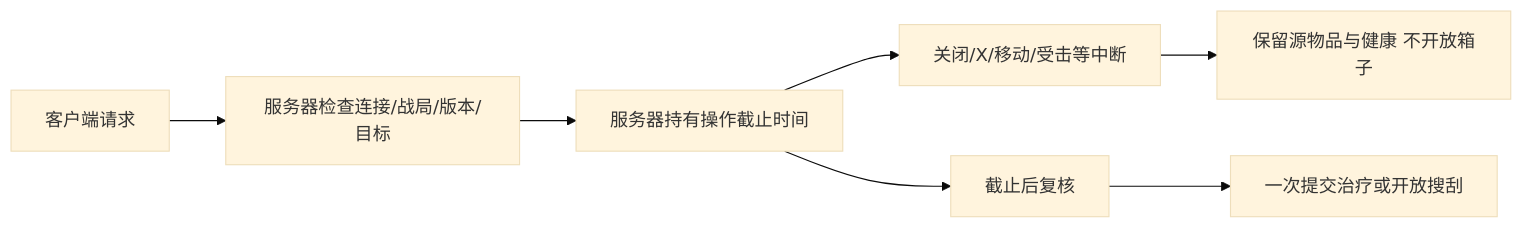
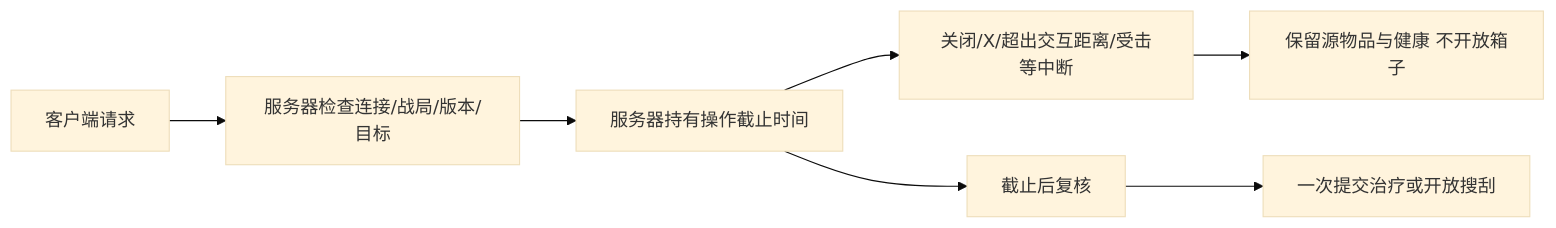
Before and after one commit to MorrowHome/Moonkov: the diagram in Docs/RaidTimedActionsAndDrop.md, drawn with Mermaid (base theme). The commit also changed other lines of this file and 18 other files, not shown here.

````diff
--- a/Docs/RaidTimedActionsAndDrop.md
+++ b/Docs/RaidTimedActionsAndDrop.md
@@ -29,9 +31,9 @@
 ```mermaid
 flowchart LR
     R[客户端请求] --> V[服务器检查连接/战局/版本/目标]
     V --> T[服务器持有操作截止时间]
-    T --> C[关闭/X/移动/受击等中断]
+    T --> C[关闭/X/超出交互距离/受击等中断]
     C --> N[保留源物品与健康 不开放箱子]
     T --> E[截止后复核]
     E --> A[一次提交治疗或开放搜刮]
 ```
````
